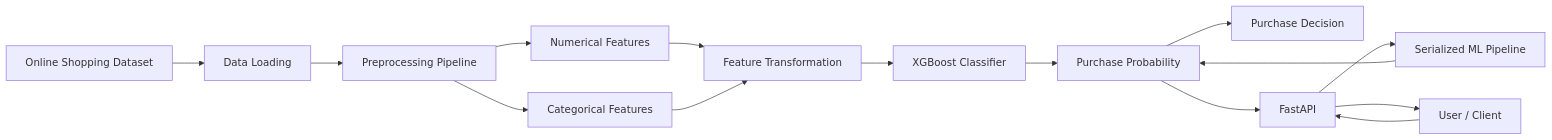
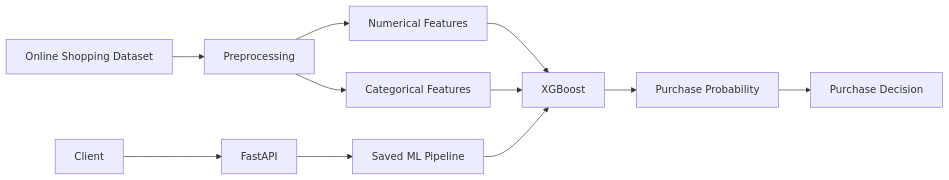
Before and after one commit to NextLinePlease/ecommerce-purchase-prediction: the diagram in README.md, drawn with Mermaid. The commit also changed other lines of this file, not shown here.

````diff
--- a/README.md
+++ b/README.md
@@ -354,27 +154,18 @@
 ```mermaid
 flowchart LR
 
-    A[Online Shopping Dataset] --> B[Data Loading]
+    A[Online Shopping Dataset] --> B[Preprocessing]
 
-    B --> C[Preprocessing Pipeline]
+    B --> C[Numerical Features]
+    B --> D[Categorical Features]
 
-    C --> D[Numerical Features]
-    C --> E[Categorical Features]
+    C --> E[XGBoost]
+    D --> E
 
-    D --> F[Feature Transformation]
-    E --> F
+    E --> F[Purchase Probability]
+    F --> G[Purchase Decision]
 
-    F --> G[XGBoost Classifier]
-
-    G --> H[Purchase Probability]
-
-    H --> I[Purchase Decision]
-
-    J[User / Client] --> K[FastAPI]
-    K --> L[Serialized ML Pipeline]
-
-    L --> H
-
-    H --> K
-    K --> J
+    H[Client] --> I[FastAPI]
+    I --> J[Saved ML Pipeline]
+    J --> E
 ```
````
